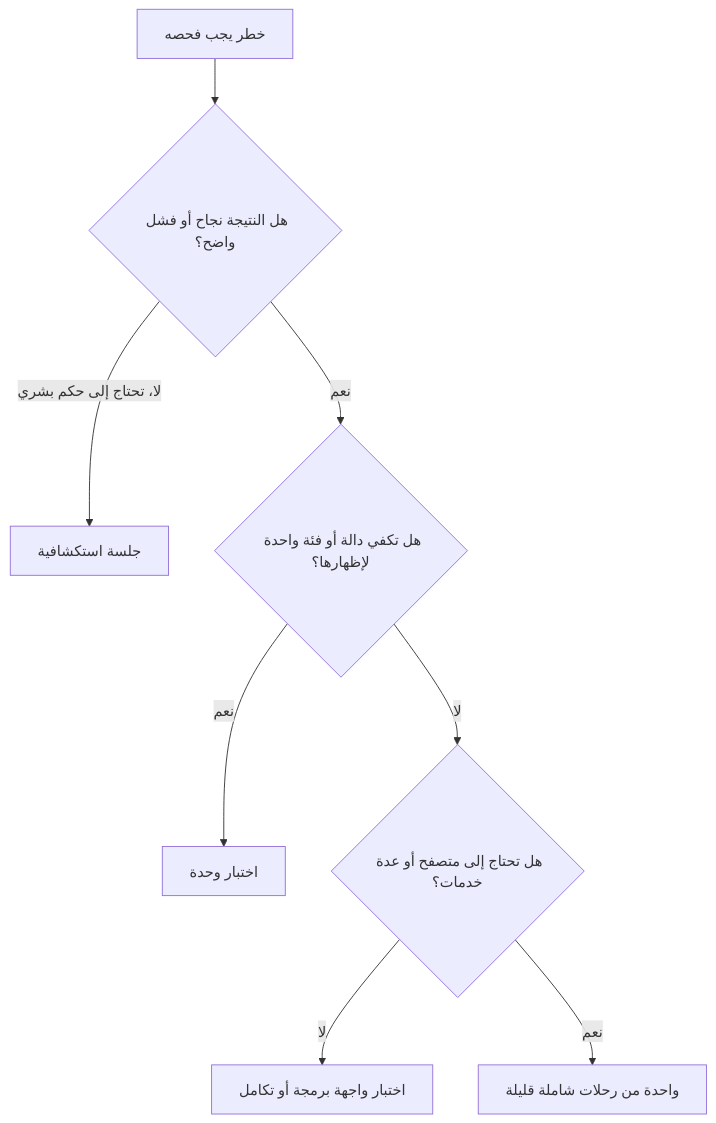
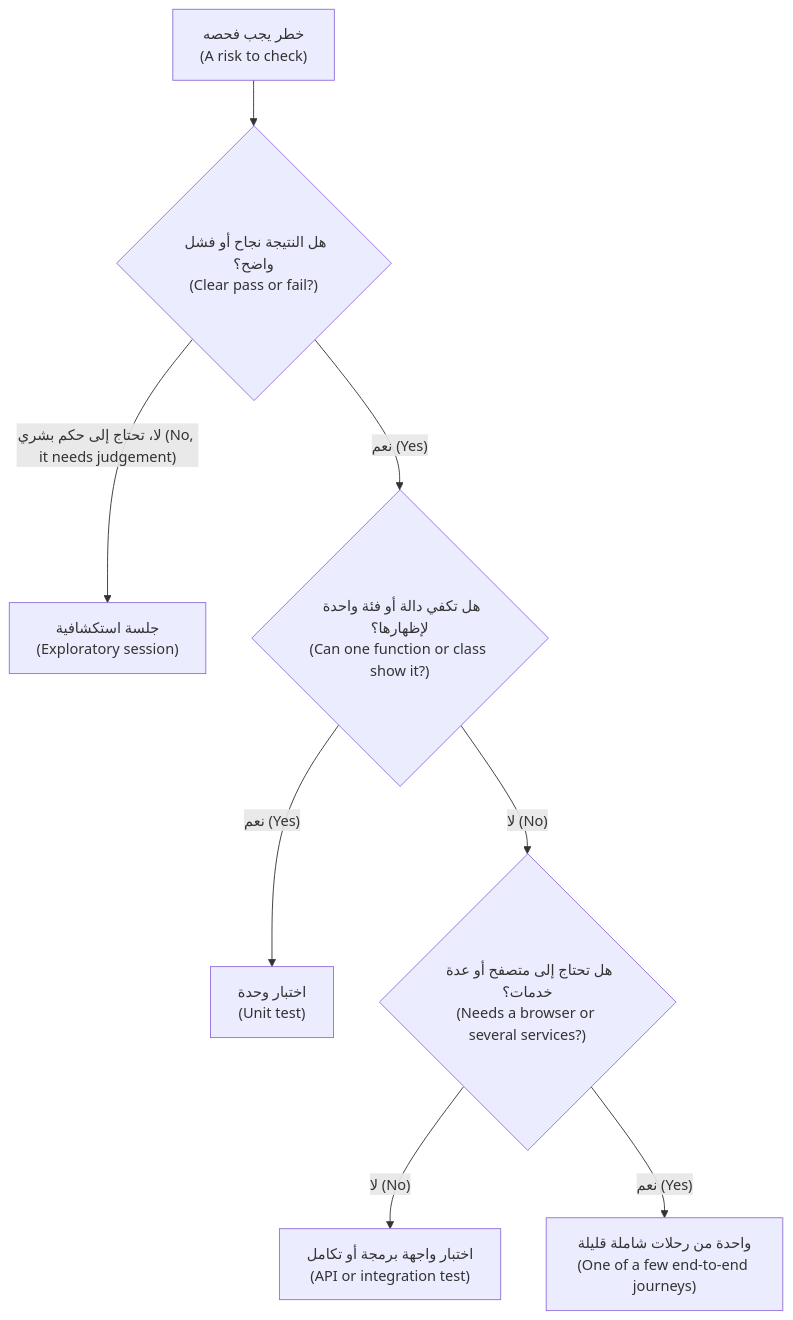
Before and after one commit to Tamoura/system-design-for-vibe-coders: the first of 2 diagrams in testing/modules/05-strategy.ar.md, drawn with Mermaid. The commit also changed other lines of this file and 39 other files, not shown here.

````diff
--- a/testing/modules/05-strategy.ar.md
+++ b/testing/modules/05-strategy.ar.md
@@ -79,10 +79,10 @@
 ```mermaid
 flowchart TD
-    A["خطر يجب فحصه"] --> B{"هل النتيجة نجاح أو فشل واضح؟"}
-    B -- "لا، تحتاج إلى حكم بشري" --> H["جلسة استكشافية"]
-    B -- "نعم" --> C{"هل تكفي دالة أو فئة واحدة لإظهارها؟"}
-    C -- "نعم" --> U["اختبار وحدة"]
-    C -- "لا" --> D{"هل تحتاج إلى متصفح أو عدة خدمات؟"}
-    D -- "لا" --> I["اختبار واجهة برمجة أو تكامل"]
-    D -- "نعم" --> E["واحدة من رحلات شاملة قليلة"]
+    A["خطر يجب فحصه<br/>(A risk to check)"] --> B{"هل النتيجة نجاح أو فشل واضح؟<br/>(Clear pass or fail?)"}
+    B -- "لا، تحتاج إلى حكم بشري (No, it needs judgement)" --> H["جلسة استكشافية<br/>(Exploratory session)"]
+    B -- "نعم (Yes)" --> C{"هل تكفي دالة أو فئة واحدة لإظهارها؟<br/>(Can one function or class show it?)"}
+    C -- "نعم (Yes)" --> U["اختبار وحدة<br/>(Unit test)"]
+    C -- "لا (No)" --> D{"هل تحتاج إلى متصفح أو عدة خدمات؟<br/>(Needs a browser or several services?)"}
+    D -- "لا (No)" --> I["اختبار واجهة برمجة أو تكامل<br/>(API or integration test)"]
+    D -- "نعم (Yes)" --> E["واحدة من رحلات شاملة قليلة<br/>(One of a few end-to-end journeys)"]
 ```
````
